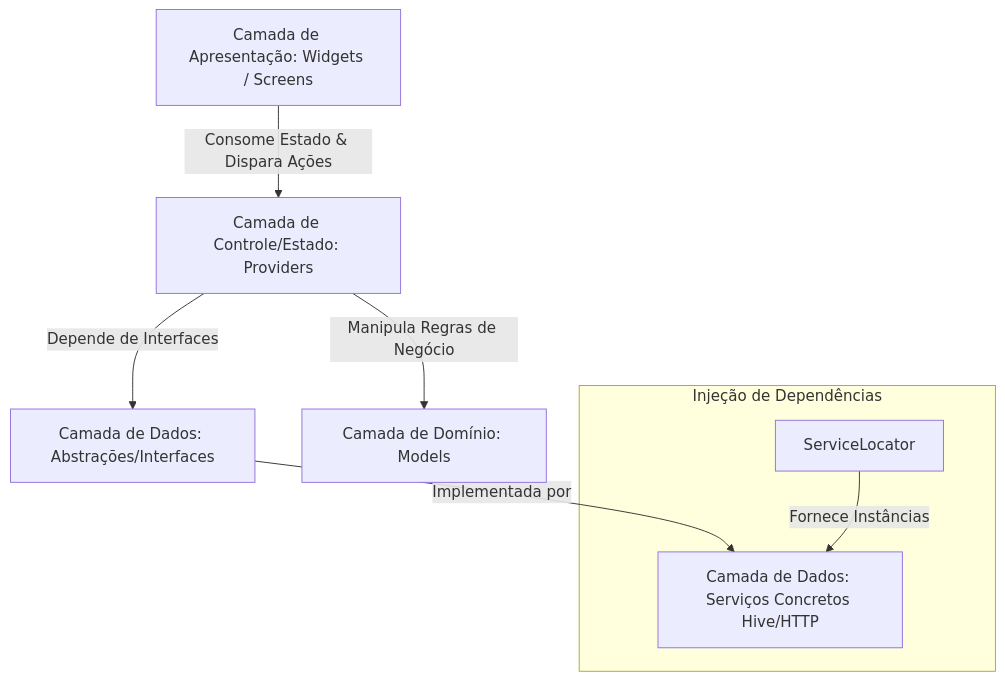
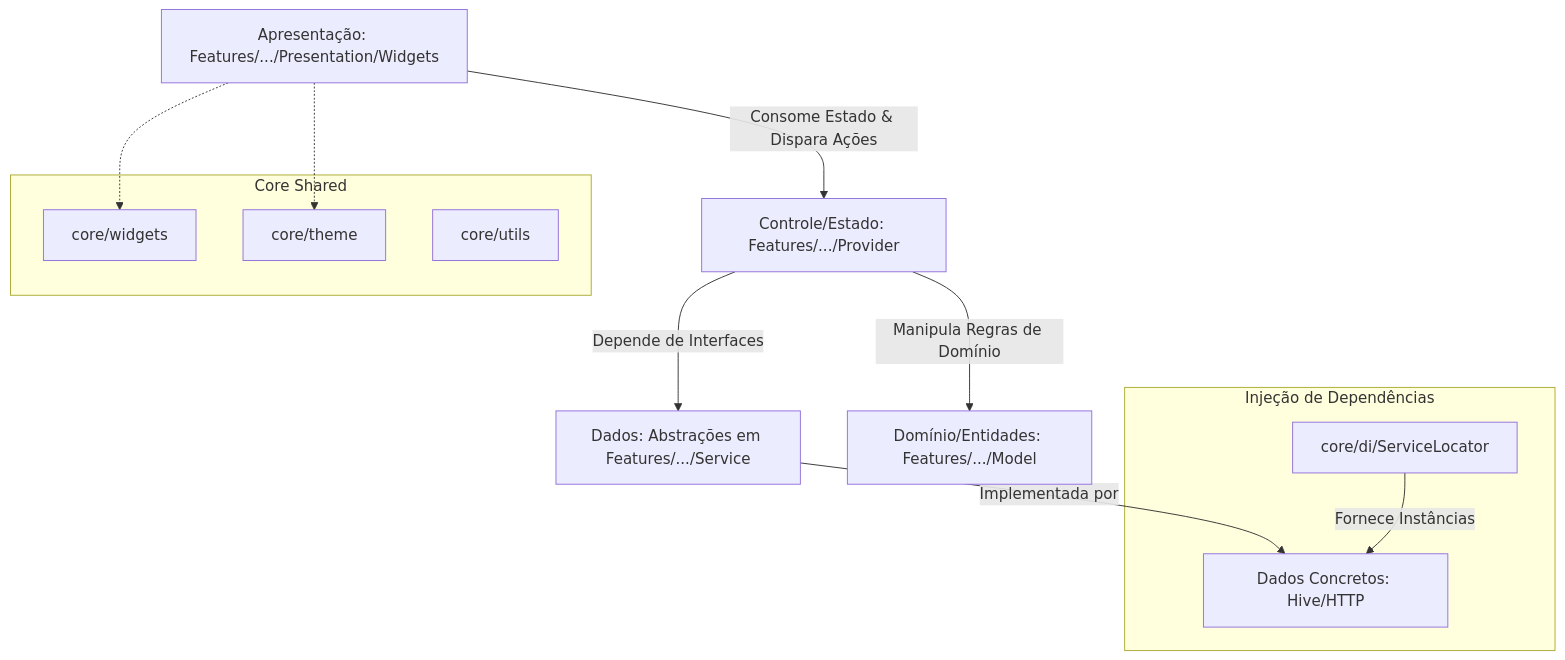
Before and after one commit to Gustavo-Correia/projeto-topicos: the diagram in docs/arquitetura.md, drawn with Mermaid. The commit also changed other lines of this file and 66 other files, not shown here.

````diff
--- a/docs/arquitetura.md
+++ b/docs/arquitetura.md
@@ -13,11 +15,20 @@
 ```mermaid
 graph TD
-    UI[Camada de Apresentação: Widgets / Screens] -->|Consome Estado & Dispara Ações| Provider[Camada de Controle/Estado: Providers]
-    Provider -->|Manipula Regras de Negócio| Model[Camada de Domínio: Models]
-    Provider -->|Depende de Interfaces| ServiceAbst[Camada de Dados: Abstrações/Interfaces]
-    ServiceAbst -->|Implementada por| ServiceImpl[Camada de Dados: Serviços Concretos Hive/HTTP]
+    UI[Apresentação: Features/.../Presentation/Widgets] -->|Consome Estado & Dispara Ações| Provider[Controle/Estado: Features/.../Provider]
+    Provider -->|Manipula Regras de Domínio| Model[Domínio/Entidades: Features/.../Model]
+    Provider -->|Depende de Interfaces| ServiceAbst[Dados: Abstrações em Features/.../Service]
+    ServiceAbst -->|Implementada por| ServiceImpl[Dados Concretos: Hive/HTTP]
+    
+    subgraph Core Shared
+        WidgetsShared[core/widgets]
+        ThemeShared[core/theme]
+        UtilsShared[core/utils]
+    end
     
     subgraph Injeção de Dependências
-        SL[ServiceLocator] -->|Fornece Instâncias| ServiceImpl
+        SL[core/di/ServiceLocator] -->|Fornece Instâncias| ServiceImpl
     end
+    
+    UI -.-> WidgetsShared
+    UI -.-> ThemeShared
 ```
````
